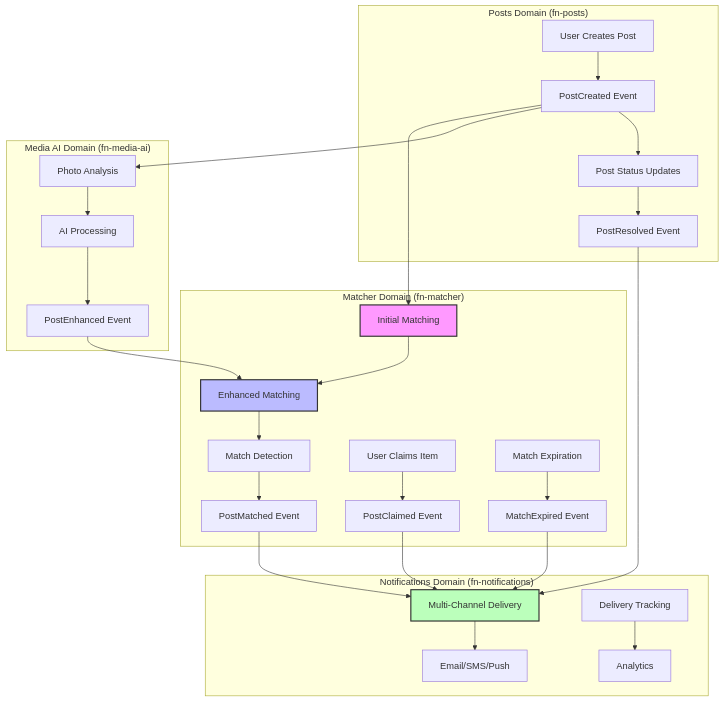
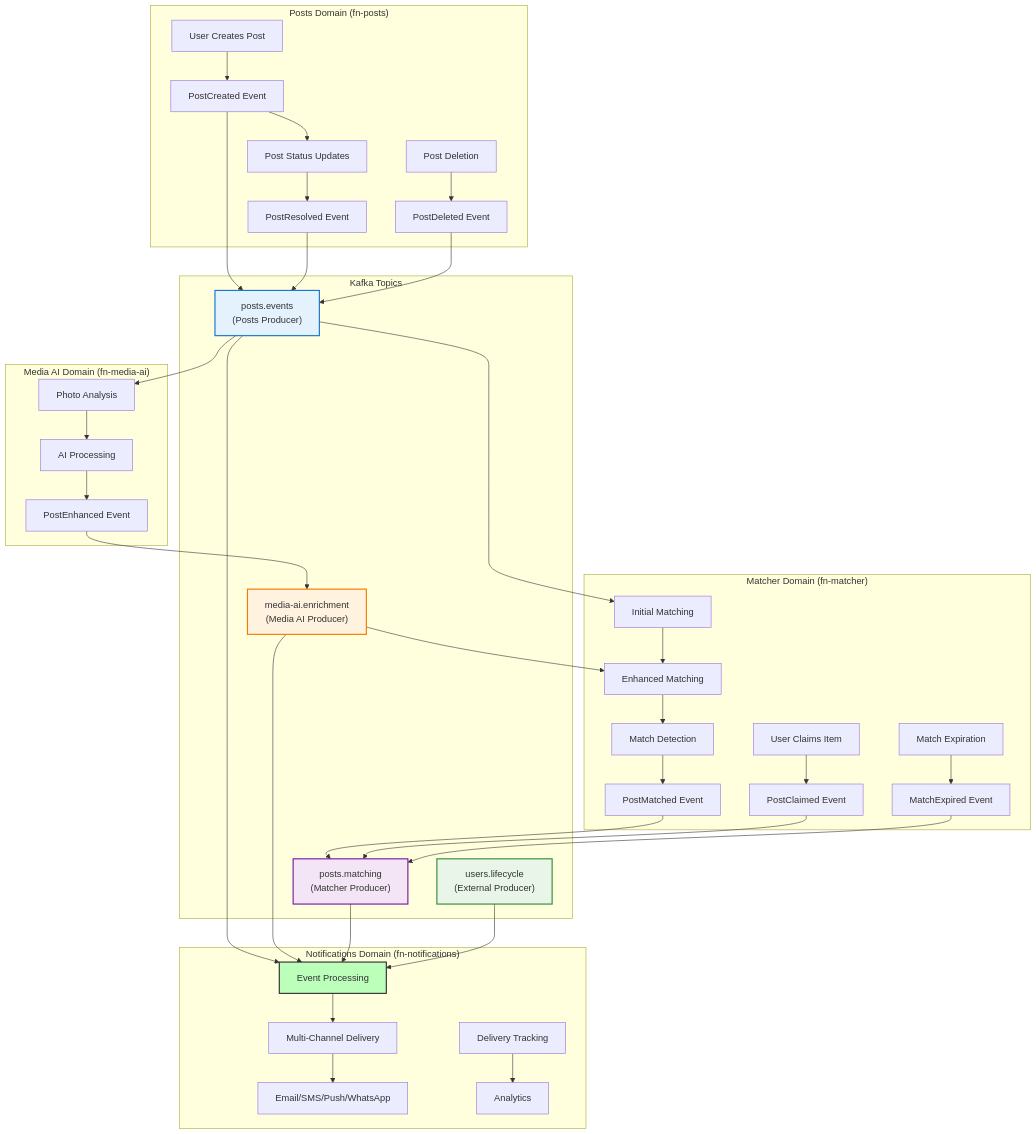
One commit to findly-now/fn-docs changed the diagram in ARCHITECTURE.md. Above: the diagram before and after it, drawn with Mermaid. The commit also changed other lines of this file and 10 other files, not shown here.

First line of the commit message:
docs: Comprehensive architecture documentation and troubleshooting guides

````diff
--- a/ARCHITECTURE.md
+++ b/ARCHITECTURE.md
@@ -116,38 +118,56 @@
 ```mermaid
 graph TD
     subgraph "Posts Domain (fn-posts)"
         A[User Creates Post] --> B[PostCreated Event]
         B --> C[Post Status Updates]
         C --> D[PostResolved Event]
+        E[Post Deletion] --> F[PostDeleted Event]
+    end
+
+    subgraph "Kafka Topics"
+        G["posts.events<br/>(Posts Producer)"]
+        H["media-ai.enrichment<br/>(Media AI Producer)"]
+        I["posts.matching<br/>(Matcher Producer)"]
+        J["users.lifecycle<br/>(External Producer)"]
     end
 
     subgraph "Media AI Domain (fn-media-ai)"
-        E[Photo Analysis] --> F[AI Processing]
-        F --> G[PostEnhanced Event]
+        K[Photo Analysis] --> L[AI Processing]
+        L --> M[PostEnhanced Event]
     end
 
     subgraph "Matcher Domain (fn-matcher)"
-        H[Initial Matching] --> I[Enhanced Matching]
-        I --> J[Match Detection]
-        J --> K[PostMatched Event]
-        L[User Claims Item] --> M[PostClaimed Event]
-        N[Match Expiration] --> O[MatchExpired Event]
+        N[Initial Matching] --> O[Enhanced Matching]
+        O --> P[Match Detection]
+        P --> Q[PostMatched Event]
+        R[User Claims Item] --> S[PostClaimed Event]
+        T[Match Expiration] --> U[MatchExpired Event]
     end
 
     subgraph "Notifications Domain (fn-notifications)"
-        P[Multi-Channel Delivery] --> Q[Email/SMS/Push]
-        R[Delivery Tracking] --> S[Analytics]
+        V[Event Processing] --> W[Multi-Channel Delivery]
+        W --> X[Email/SMS/Push/WhatsApp]
+        Y[Delivery Tracking] --> Z[Analytics]
     end
 
-    B --> E
-    B --> H
-    G --> I
-    K --> P
-    M --> P
-    O --> P
-    D --> P
+    B --> G
+    D --> G
+    F --> G
+    G --> K
+    G --> N
+    M --> H
+    H --> O
+    Q --> I
+    S --> I
+    U --> I
+    G --> V
+    H --> V
+    I --> V
+    J --> V
 
-    style H fill:#f9f,stroke:#333,stroke-width:2px
-    style I fill:#bbf,stroke:#333,stroke-width:2px
-    style P fill:#bfb,stroke:#333,stroke-width:2px
+    style G fill:#e3f2fd,stroke:#1976d2,stroke-width:2px
+    style H fill:#fff3e0,stroke:#f57c00,stroke-width:2px
+    style I fill:#f3e5f5,stroke:#7b1fa2,stroke-width:2px
+    style J fill:#e8f5e8,stroke:#388e3c,stroke-width:2px
+    style V fill:#bfb,stroke:#333,stroke-width:2px
 ```
````
